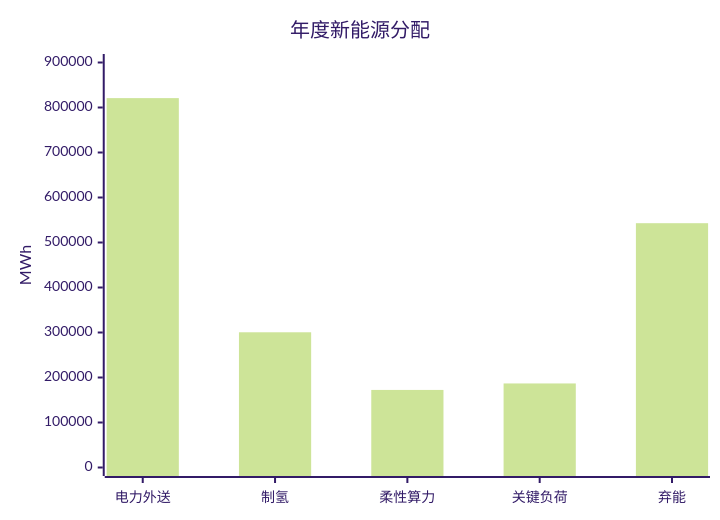
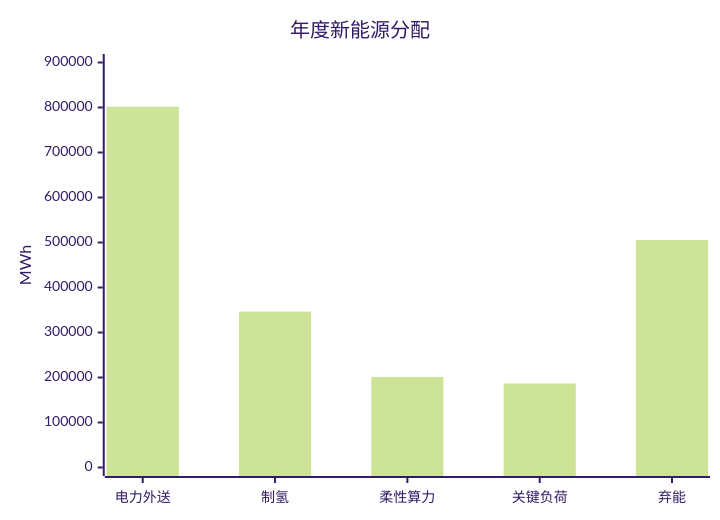
The fifth of 7 diagrams in C5/5.7混合最优策略短测试与年度运营分析/调度场景与多方案仿真结果分析.md (LIJunHong659/Blue-Ocean-Mode), drawn with Mermaid (forest theme) before and after one commit. The commit also changed other lines of this file and 17 other files, not shown here.

````diff
--- a/C5/5.7混合最优策略短测试与年度运营分析/调度场景与多方案仿真结果分析.md
+++ b/C5/5.7混合最优策略短测试与年度运营分析/调度场景与多方案仿真结果分析.md
@@ -190,7 +190,7 @@
 ```mermaid
 xychart-beta
     title "年度新能源分配"
     x-axis ["电力外送", "制氢", "柔性算力", "关键负荷", "弃能"]
     y-axis "MWh" 0 --> 900000
-    bar [820860, 300486, 172381, 186783, 542890]
+    bar [801814, 346498, 201298, 186783, 505566]
 ```
````
